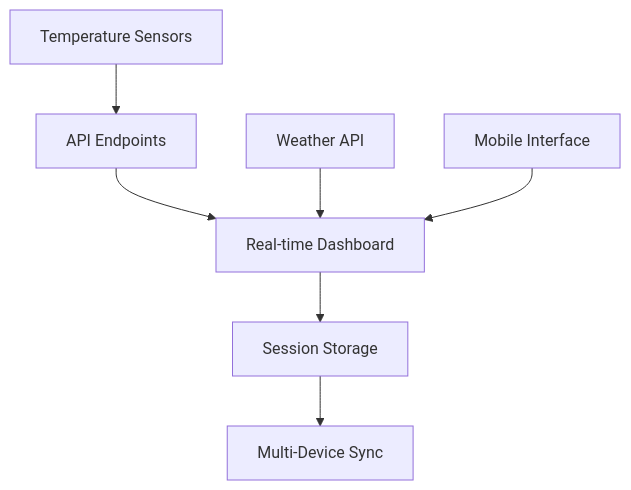
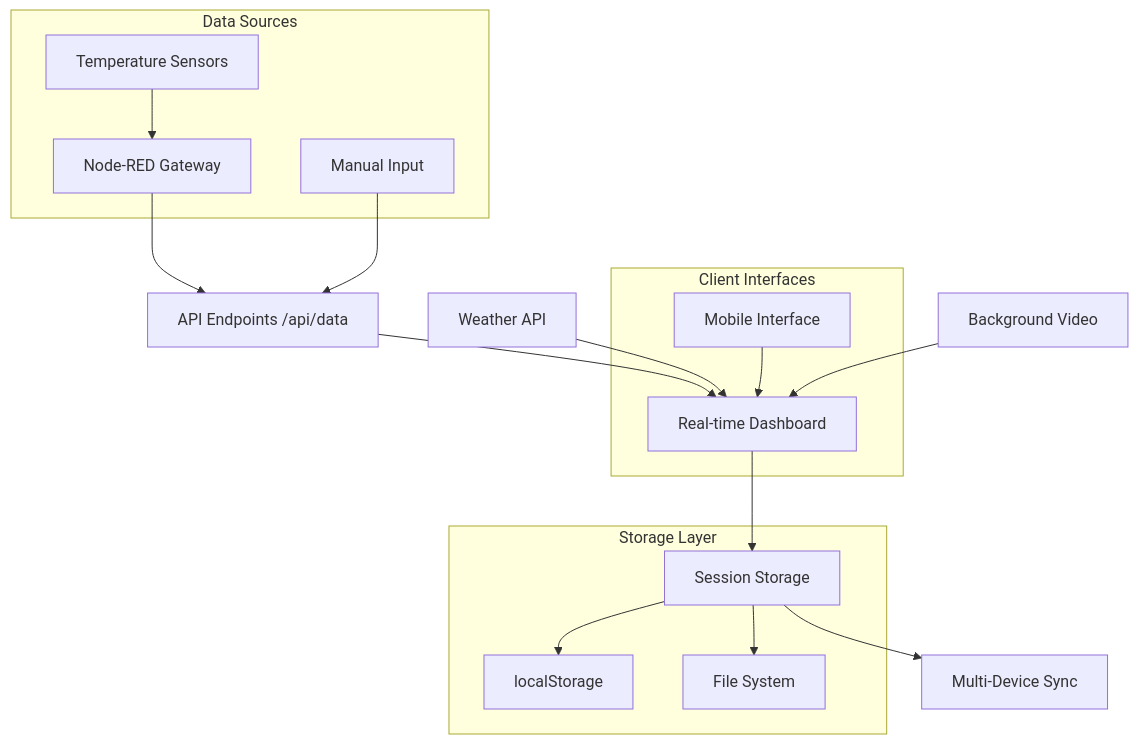
The diagram in README.md (zer0index/Meatify), drawn with Mermaid before and after one commit. The commit also changed other lines of this file and 1 other file, not shown here.

````diff
--- a/README.md
+++ b/README.md
@@ -93,9 +158,31 @@
 ```mermaid
 graph TB
-    A[Temperature Sensors] --> B[API Endpoints]
-    B --> C[Real-time Dashboard]
-    C --> D[Session Storage]
-    D --> E[Multi-Device Sync]
-    F[Weather API] --> C
-    G[Mobile Interface] --> C
+    A[Temperature Sensors] --> B[Node-RED Gateway]
+    B --> C[API Endpoints /api/data]
+    A2[Manual Input] --> C
+    C --> D[Real-time Dashboard]
+    D --> E[Session Storage]
+    E --> F[Multi-Device Sync]
+    G[Weather API] --> D
+    H[Mobile Interface] --> D
+    I[Background Video] --> D
+    
+    subgraph "Data Sources"
+        A
+        A2
+        B
+    end
+    
+    subgraph "Storage Layer"
+        E
+        J[localStorage]
+        K[File System]
+        E --> J
+        E --> K
+    end
+    
+    subgraph "Client Interfaces"
+        D
+        H
+    end
 ```
````
